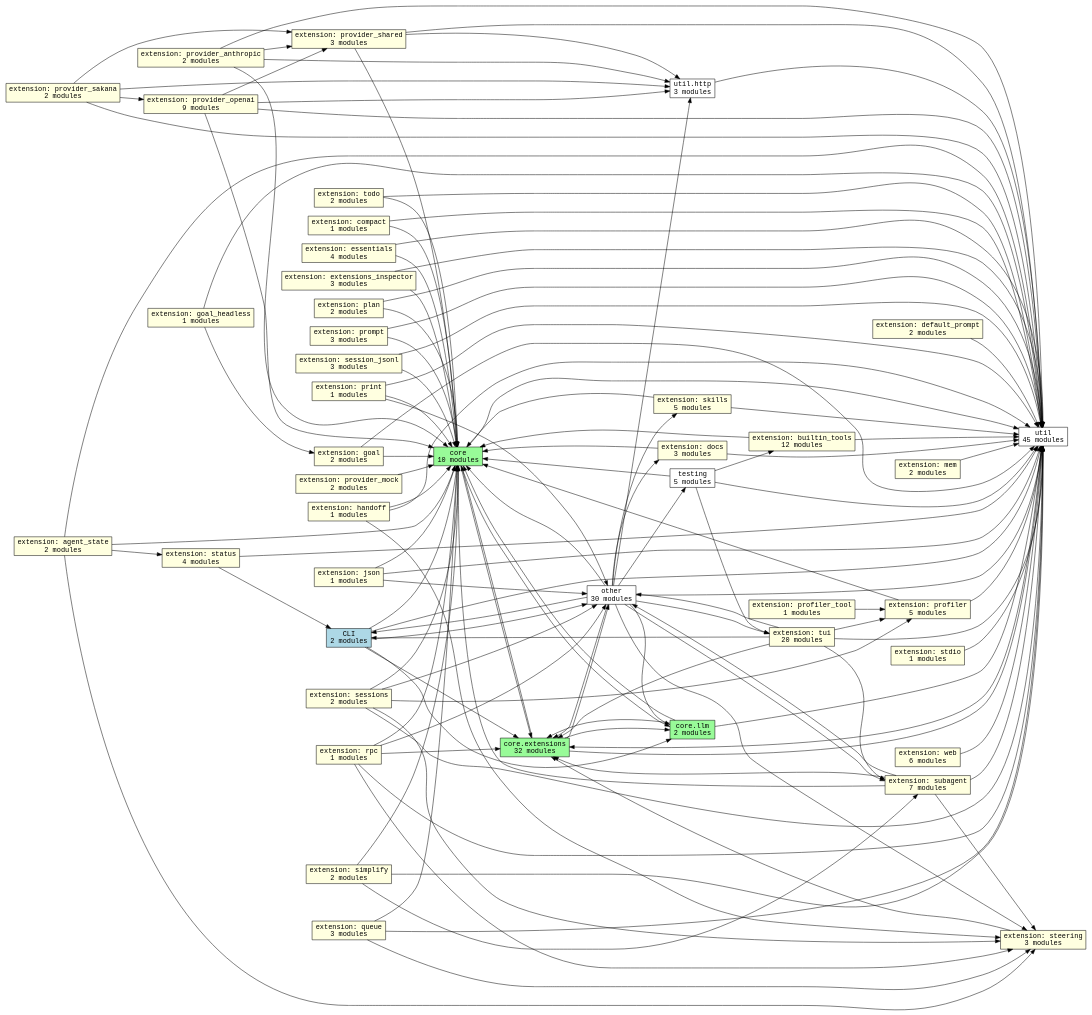
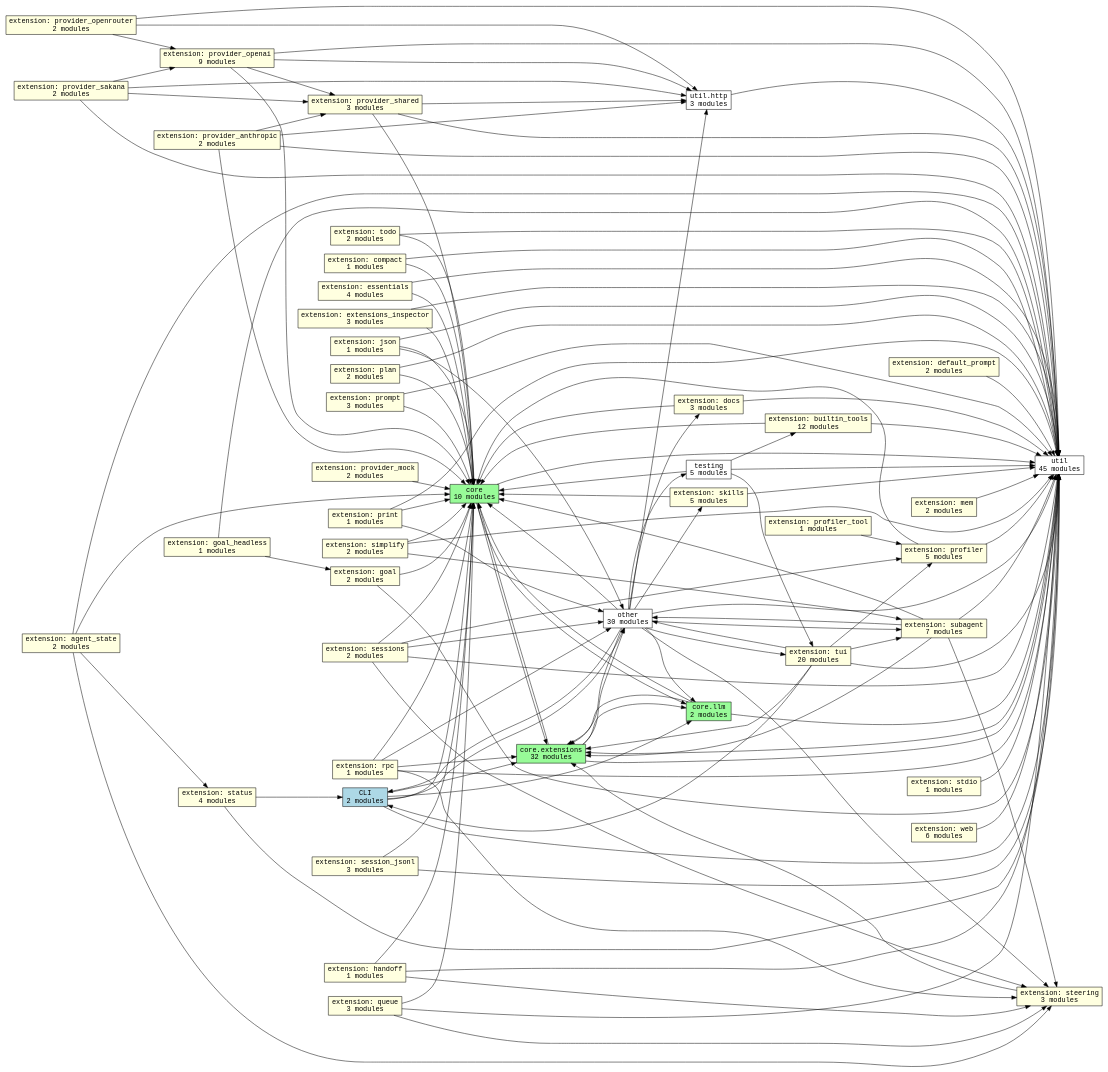
One commit to acmiyaguchi/fen changed the diagram in docs/graphs/subsystems.dot. Above: the diagram before and after it, drawn with Graphviz. The commit also changed 2 other files, not shown here.

Commit message:
docs(graphs): regenerate for provider_openrouter (#558)

```diff
--- a/docs/graphs/subsystems.dot
+++ b/docs/graphs/subsystems.dot
@@ -1,171 +1,175 @@
 digraph fen_subsystems {
   graph [rankdir=LR];
   node [shape=box, fontname="monospace"];
   edge [fontname="monospace"];
   "cli" [fillcolor="lightblue", label="CLI\n2 modules", style="filled"];
   "core" [fillcolor="palegreen", label="core\n10 modules", style="filled"];
   "core.extensions" [fillcolor="palegreen", label="core.extensions\n32 modules", style="filled"];
   "core.llm" [fillcolor="palegreen", label="core.llm\n2 modules", style="filled"];
   "extension.agent_state" [fillcolor="lightyellow", label="extension: agent_state\n2 modules", style="filled"];
   "extension.builtin_tools" [fillcolor="lightyellow", label="extension: builtin_tools\n12 modules", style="filled"];
   "extension.compact" [fillcolor="lightyellow", label="extension: compact\n1 modules", style="filled"];
   "extension.default_prompt" [fillcolor="lightyellow", label="extension: default_prompt\n2 modules", style="filled"];
   "extension.docs" [fillcolor="lightyellow", label="extension: docs\n3 modules", style="filled"];
   "extension.essentials" [fillcolor="lightyellow", label="extension: essentials\n4 modules", style="filled"];
   "extension.extensions_inspector" [fillcolor="lightyellow", label="extension: extensions_inspector\n3 modules", style="filled"];
   "extension.goal" [fillcolor="lightyellow", label="extension: goal\n2 modules", style="filled"];
   "extension.goal_headless" [fillcolor="lightyellow", label="extension: goal_headless\n1 modules", style="filled"];
   "extension.handoff" [fillcolor="lightyellow", label="extension: handoff\n1 modules", style="filled"];
   "extension.json" [fillcolor="lightyellow", label="extension: json\n1 modules", style="filled"];
   "extension.mem" [fillcolor="lightyellow", label="extension: mem\n2 modules", style="filled"];
   "extension.plan" [fillcolor="lightyellow", label="extension: plan\n2 modules", style="filled"];
   "extension.print" [fillcolor="lightyellow", label="extension: print\n1 modules", style="filled"];
   "extension.profiler" [fillcolor="lightyellow", label="extension: profiler\n5 modules", style="filled"];
   "extension.profiler_tool" [fillcolor="lightyellow", label="extension: profiler_tool\n1 modules", style="filled"];
   "extension.prompt" [fillcolor="lightyellow", label="extension: prompt\n3 modules", style="filled"];
   "extension.provider_anthropic" [fillcolor="lightyellow", label="extension: provider_anthropic\n2 modules", style="filled"];
   "extension.provider_mock" [fillcolor="lightyellow", label="extension: provider_mock\n2 modules", style="filled"];
   "extension.provider_openai" [fillcolor="lightyellow", label="extension: provider_openai\n9 modules", style="filled"];
+  "extension.provider_openrouter" [fillcolor="lightyellow", label="extension: provider_openrouter\n2 modules", style="filled"];
   "extension.provider_sakana" [fillcolor="lightyellow", label="extension: provider_sakana\n2 modules", style="filled"];
   "extension.provider_shared" [fillcolor="lightyellow", label="extension: provider_shared\n3 modules", style="filled"];
   "extension.queue" [fillcolor="lightyellow", label="extension: queue\n3 modules", style="filled"];
   "extension.rpc" [fillcolor="lightyellow", label="extension: rpc\n1 modules", style="filled"];
   "extension.session_jsonl" [fillcolor="lightyellow", label="extension: session_jsonl\n3 modules", style="filled"];
   "extension.sessions" [fillcolor="lightyellow", label="extension: sessions\n2 modules", style="filled"];
   "extension.simplify" [fillcolor="lightyellow", label="extension: simplify\n2 modules", style="filled"];
   "extension.skills" [fillcolor="lightyellow", label="extension: skills\n5 modules", style="filled"];
   "extension.status" [fillcolor="lightyellow", label="extension: status\n4 modules", style="filled"];
   "extension.stdio" [fillcolor="lightyellow", label="extension: stdio\n1 modules", style="filled"];
   "extension.steering" [fillcolor="lightyellow", label="extension: steering\n3 modules", style="filled"];
   "extension.subagent" [fillcolor="lightyellow", label="extension: subagent\n7 modules", style="filled"];
   "extension.todo" [fillcolor="lightyellow", label="extension: todo\n2 modules", style="filled"];
   "extension.tui" [fillcolor="lightyellow", label="extension: tui\n20 modules", style="filled"];
   "extension.web" [fillcolor="lightyellow", label="extension: web\n6 modules", style="filled"];
   "other" [fillcolor="white", label="other\n30 modules", style="filled"];
   "testing" [fillcolor="white", label="testing\n5 modules", style="filled"];
   "util" [fillcolor="white", label="util\n45 modules", style="filled"];
   "util.http" [fillcolor="white", label="util.http\n3 modules", style="filled"];
   "cli" -> "core";
   "cli" -> "core.extensions";
   "cli" -> "core.llm";
   "cli" -> "other";
   "cli" -> "util";
   "core" -> "core.extensions";
   "core" -> "core.llm";
   "core" -> "util";
   "core.extensions" -> "core";
   "core.extensions" -> "core.llm";
   "core.extensions" -> "other";
   "core.extensions" -> "util";
   "core.llm" -> "core";
   "core.llm" -> "core.extensions";
   "core.llm" -> "util";
   "extension.agent_state" -> "core";
   "extension.agent_state" -> "extension.status";
   "extension.agent_state" -> "extension.steering";
   "extension.agent_state" -> "util";
   "extension.builtin_tools" -> "core";
   "extension.builtin_tools" -> "util";
   "extension.compact" -> "core";
   "extension.compact" -> "util";
   "extension.default_prompt" -> "util";
   "extension.docs" -> "core";
   "extension.docs" -> "util";
   "extension.essentials" -> "core";
   "extension.essentials" -> "util";
   "extension.extensions_inspector" -> "core";
   "extension.extensions_inspector" -> "util";
   "extension.goal" -> "core";
   "extension.goal" -> "util";
   "extension.goal_headless" -> "extension.goal";
   "extension.goal_headless" -> "util";
   "extension.handoff" -> "core";
   "extension.handoff" -> "extension.steering";
   "extension.handoff" -> "util";
   "extension.json" -> "core";
   "extension.json" -> "other";
   "extension.json" -> "util";
   "extension.mem" -> "util";
   "extension.plan" -> "core";
   "extension.plan" -> "util";
   "extension.print" -> "core";
   "extension.print" -> "other";
   "extension.print" -> "util";
   "extension.profiler" -> "core";
   "extension.profiler" -> "util";
   "extension.profiler_tool" -> "extension.profiler";
   "extension.prompt" -> "core";
   "extension.prompt" -> "util";
   "extension.provider_anthropic" -> "core";
   "extension.provider_anthropic" -> "extension.provider_shared";
   "extension.provider_anthropic" -> "util";
   "extension.provider_anthropic" -> "util.http";
   "extension.provider_mock" -> "core";
   "extension.provider_openai" -> "core";
   "extension.provider_openai" -> "extension.provider_shared";
   "extension.provider_openai" -> "util";
   "extension.provider_openai" -> "util.http";
+  "extension.provider_openrouter" -> "extension.provider_openai";
+  "extension.provider_openrouter" -> "util";
+  "extension.provider_openrouter" -> "util.http";
   "extension.provider_sakana" -> "extension.provider_openai";
   "extension.provider_sakana" -> "extension.provider_shared";
   "extension.provider_sakana" -> "util";
   "extension.provider_sakana" -> "util.http";
   "extension.provider_shared" -> "core";
   "extension.provider_shared" -> "util";
   "extension.provider_shared" -> "util.http";
   "extension.queue" -> "core";
   "extension.queue" -> "extension.steering";
   "extension.queue" -> "util";
   "extension.rpc" -> "core";
   "extension.rpc" -> "core.extensions";
   "extension.rpc" -> "extension.steering";
   "extension.rpc" -> "other";
   "extension.rpc" -> "util";
   "extension.session_jsonl" -> "core";
   "extension.session_jsonl" -> "util";
   "extension.sessions" -> "core";
   "extension.sessions" -> "extension.profiler";
   "extension.sessions" -> "extension.steering";
   "extension.sessions" -> "other";
   "extension.sessions" -> "util";
   "extension.simplify" -> "core";
   "extension.simplify" -> "extension.subagent";
   "extension.simplify" -> "util";
   "extension.skills" -> "core";
   "extension.skills" -> "util";
   "extension.status" -> "cli";
   "extension.status" -> "util";
   "extension.stdio" -> "util";
   "extension.steering" -> "core.extensions";
   "extension.subagent" -> "core";
   "extension.subagent" -> "core.extensions";
   "extension.subagent" -> "extension.steering";
   "extension.subagent" -> "other";
   "extension.subagent" -> "util";
   "extension.todo" -> "core";
   "extension.todo" -> "util";
   "extension.tui" -> "cli";
   "extension.tui" -> "core.extensions";
   "extension.tui" -> "extension.profiler";
   "extension.tui" -> "extension.subagent";
   "extension.tui" -> "other";
   "extension.tui" -> "util";
   "extension.web" -> "util";
   "other" -> "cli";
   "other" -> "core";
   "other" -> "core.extensions";
   "other" -> "core.llm";
   "other" -> "extension.docs";
   "other" -> "extension.skills";
   "other" -> "extension.steering";
   "other" -> "extension.subagent";
   "other" -> "extension.tui";
   "other" -> "testing";
   "other" -> "util";
   "other" -> "util.http";
   "testing" -> "core";
   "testing" -> "extension.builtin_tools";
   "testing" -> "extension.tui";
   "testing" -> "util";
   "util" -> "core.extensions";
   "util.http" -> "util";
 }
```
